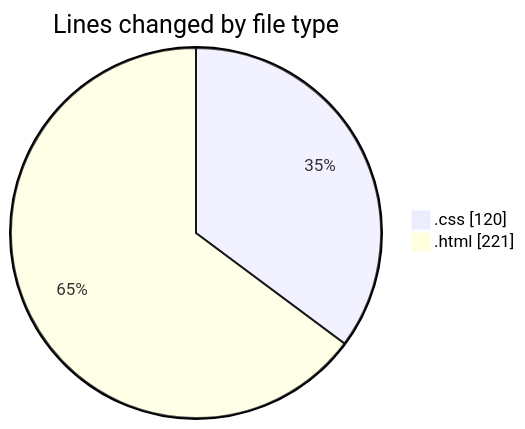
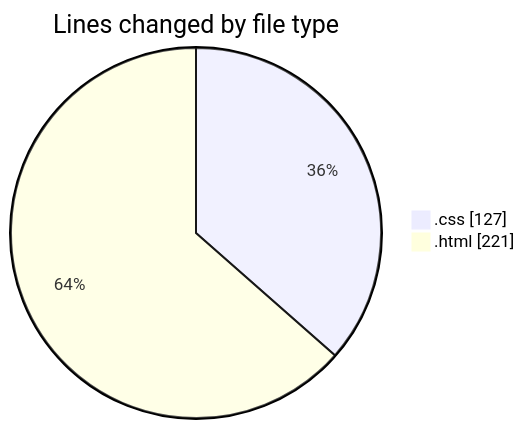
Before and after one commit to NitaiMahat/code-tracking: the first of 2 diagrams in 2025-02-04/recipe-page-main/README.md, drawn with Mermaid. The commit also changed other lines of this file and 1 other file, not shown here.

````diff
--- a/2025-02-04/recipe-page-main/README.md
+++ b/2025-02-04/recipe-page-main/README.md
@@ -21,6 +21,6 @@
 ```mermaid
 pie showData
 title Lines changed by file type
-".css" : 120
+".css" : 127
 ".html" : 221
 ```
````
